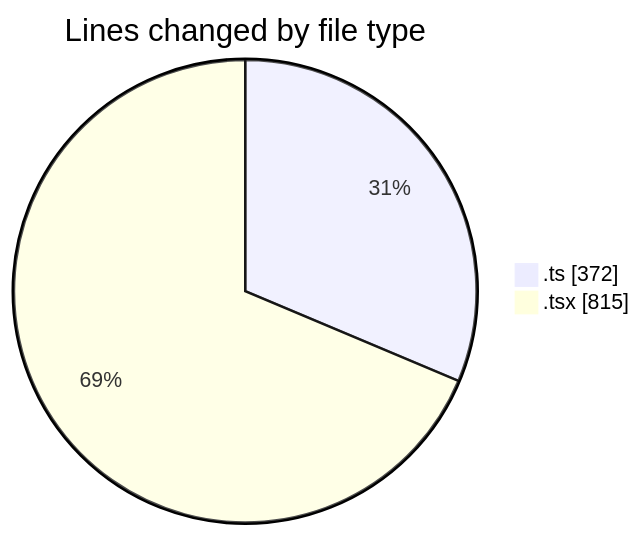
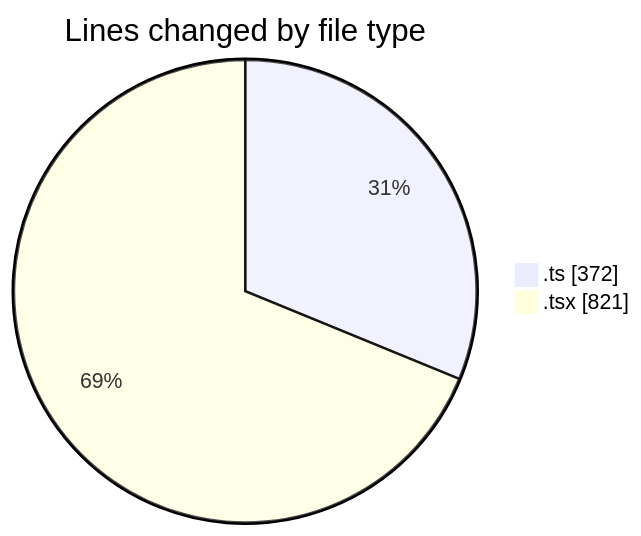
One commit to robertbonfada/code-tracking changed the first of 2 diagrams in 2025-02-25/mbc-web/README.md. Above: the diagram before and after it, drawn with Mermaid. The commit also changed other lines of this file and 1 other file, not shown here.

````diff
--- a/2025-02-25/mbc-web/README.md
+++ b/2025-02-25/mbc-web/README.md
@@ -23,6 +23,6 @@
 ```mermaid
 pie showData
 title Lines changed by file type
 ".ts" : 372
-".tsx" : 815
+".tsx" : 821
 ```
````
